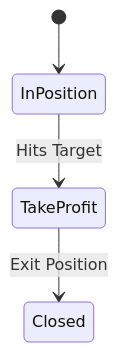
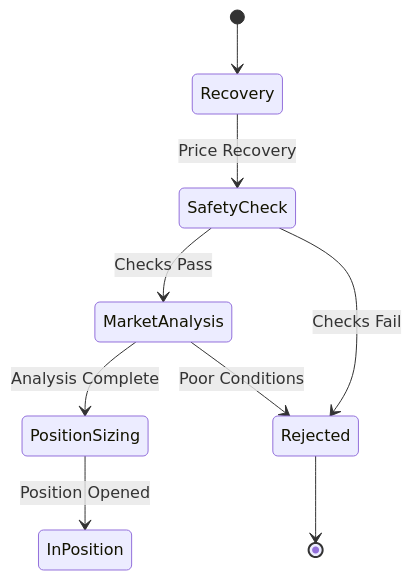
The second of 9 diagrams in docs/diagrams/TradingScenarios.md (proofoftom/money-printer), drawn with Mermaid before and after one commit. The commit also changed other lines of this file and 10 other files, not shown here.

````diff
--- a/docs/diagrams/TradingScenarios.md
+++ b/docs/diagrams/TradingScenarios.md
@@ -30,6 +31,11 @@
 ```mermaid
 stateDiagram-v2
-    [*] --> InPosition
-    InPosition --> TakeProfit: Hits Target
-    TakeProfit --> Closed: Exit Position
+    [*] --> Recovery
+    Recovery --> SafetyCheck: Price Recovery
+    SafetyCheck --> MarketAnalysis: Checks Pass
+    MarketAnalysis --> PositionSizing: Analysis Complete
+    PositionSizing --> InPosition: Position Opened
+    SafetyCheck --> Rejected: Checks Fail
+    MarketAnalysis --> Rejected: Poor Conditions
+    Rejected --> [*]
 ```
````
